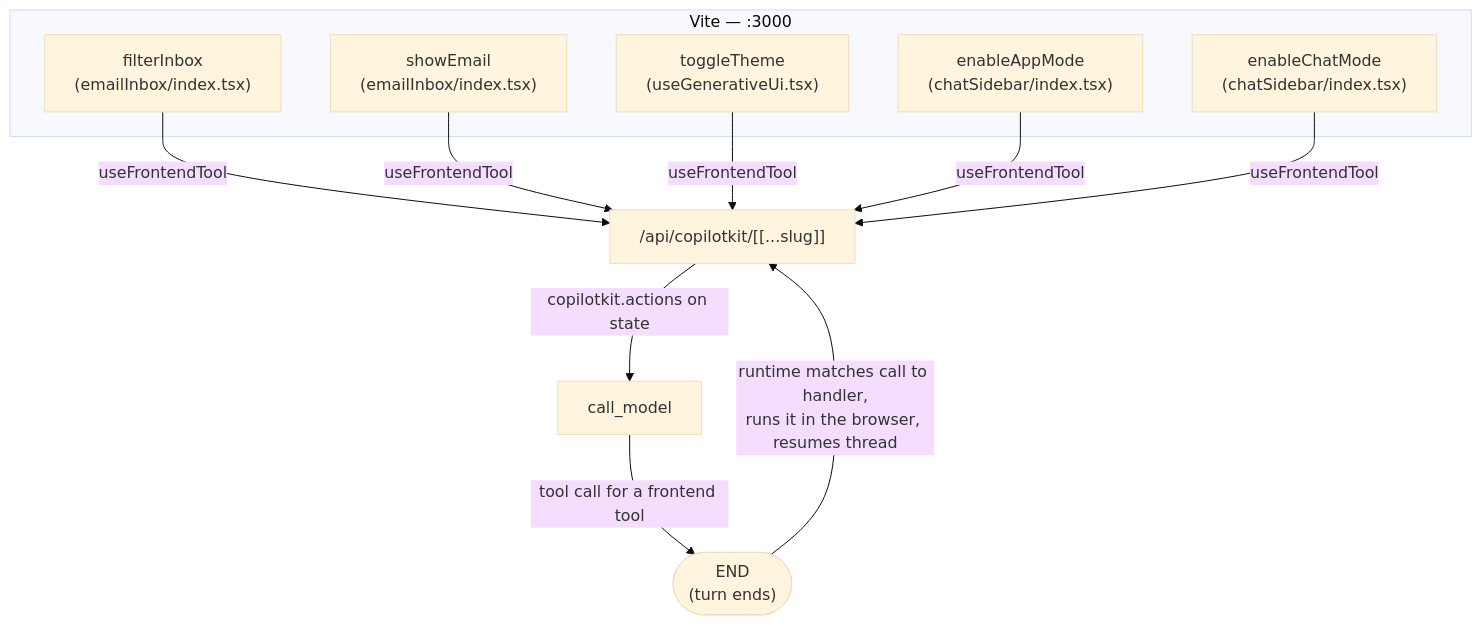
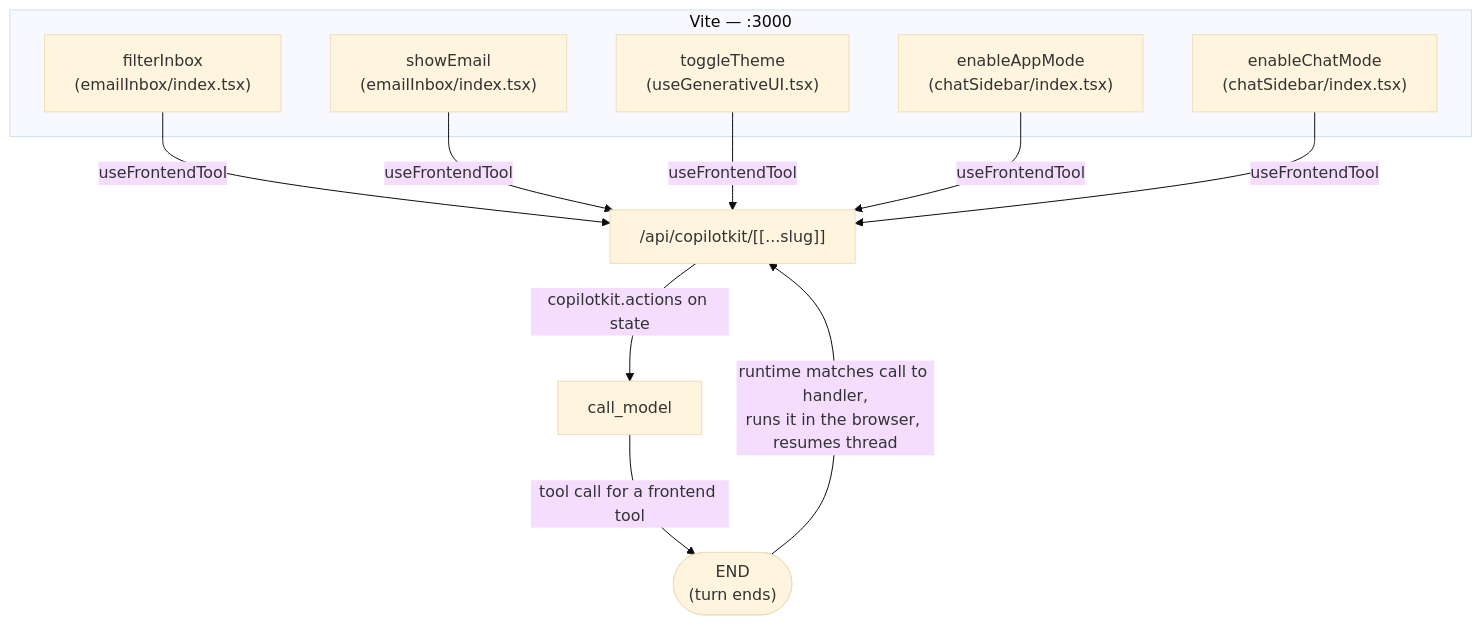
Before and after one commit to myle-agilityio/langchain-training: the fifth of 5 diagrams in practice-new-version/docs/ARCHITECTURE.md, drawn with Mermaid (base theme). The commit also changed 33 other files, not shown here.

````diff
--- a/practice-new-version/docs/ARCHITECTURE.md
+++ b/practice-new-version/docs/ARCHITECTURE.md
@@ -126,20 +126,20 @@
 ```mermaid
 graph TD
     subgraph Frontend["Vite — :3000"]
         FilterInbox["filterInbox\n(emailInbox/index.tsx)"]
         ShowEmail["showEmail\n(emailInbox/index.tsx)"]
-        ToggleTheme["toggleTheme\n(useGenerativeUi.tsx)"]
+        ToggleTheme["toggleTheme\n(useGenerativeUI.tsx)"]
         EnableAppMode["enableAppMode\n(chatSidebar/index.tsx)"]
         EnableChatMode["enableChatMode\n(chatSidebar/index.tsx)"]
     end
 
     FilterInbox -- "useFrontendTool" --> CopilotRoute["/api/copilotkit/[[...slug]]"]
     ShowEmail -- "useFrontendTool" --> CopilotRoute
     ToggleTheme -- "useFrontendTool" --> CopilotRoute
     EnableAppMode -- "useFrontendTool" --> CopilotRoute
     EnableChatMode -- "useFrontendTool" --> CopilotRoute
 
     CopilotRoute -- "copilotkit.actions on state" --> call_model["call_model"]
     call_model -- "tool call for a frontend tool" --> END(["END\n(turn ends)"])
     END -- "runtime matches call to handler,\nruns it in the browser, resumes thread" --> CopilotRoute
 ```
````
